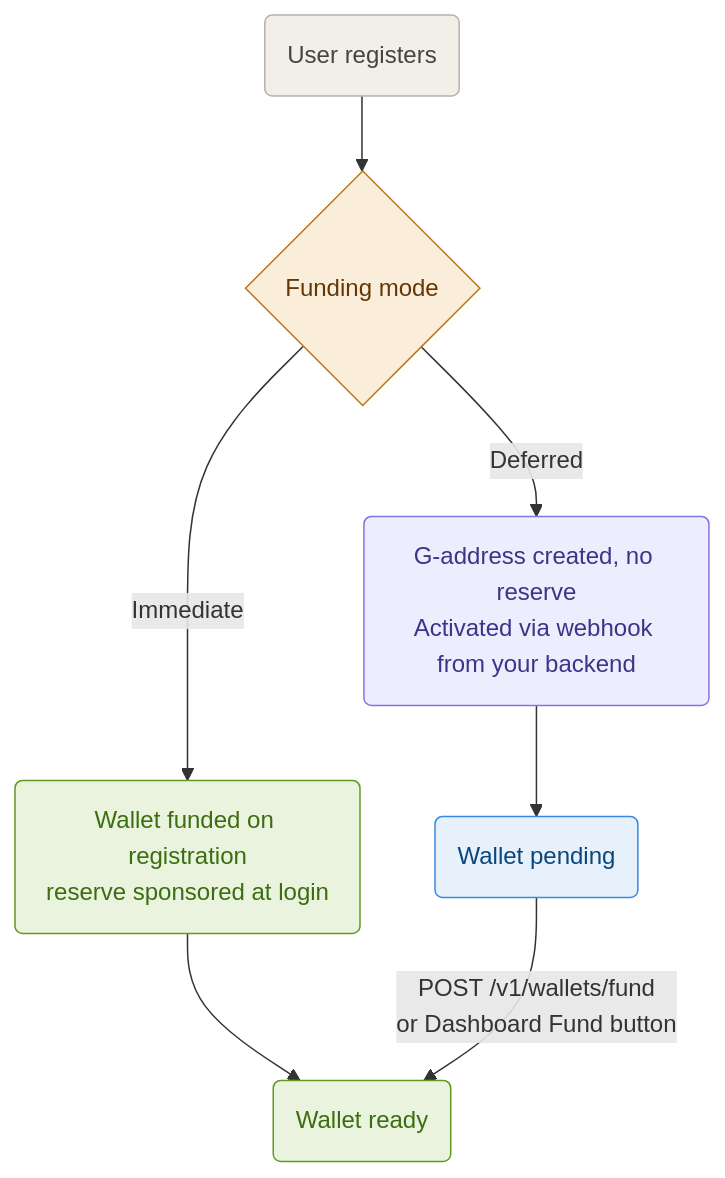
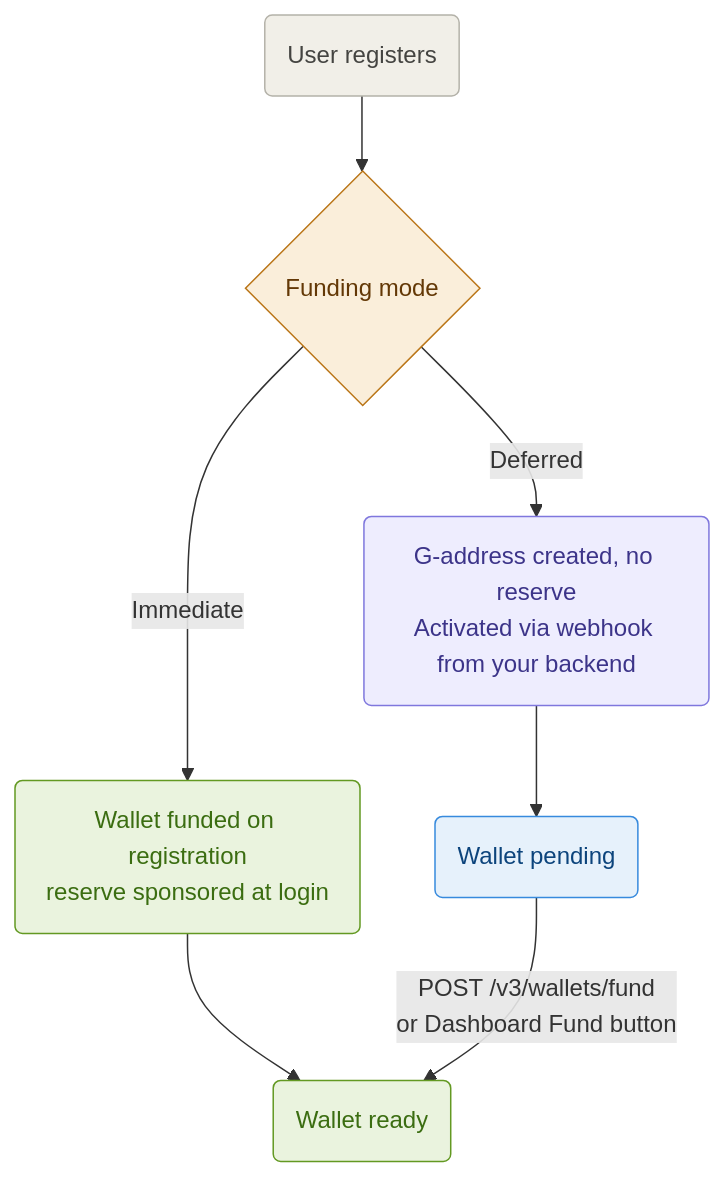
The diagram in docs/core-concepts/funding-modes.md (pollar-xyz/pollar-docs), drawn with Mermaid before and after one commit. The commit also changed other lines of this file and 18 other files, not shown here.

````diff
--- a/docs/core-concepts/funding-modes.md
+++ b/docs/core-concepts/funding-modes.md
@@ -15,17 +15,17 @@
 ```mermaid
 flowchart TD
     A("User registers"):::neutral
     A --> B{"Funding mode"}:::decision
     B -->|"Immediate"| C("Wallet funded on registration\nreserve sponsored at login"):::immediate
     B -->|"Deferred"| D("G-address created, no reserve\nActivated via webhook from your backend"):::deferred
     C --> E("Wallet ready"):::ready
     D --> F("Wallet pending"):::pending
-    F -->|"POST /v1/wallets/fund\nor Dashboard Fund button"| E
+    F -->|"POST /v3/wallets/fund\nor Dashboard Fund button"| E
 
     classDef neutral fill:#f1efe8,stroke:#b4b2a9,color:#444441
     classDef decision fill:#faeeda,stroke:#ba7517,color:#633806
     classDef immediate fill:#eaf3de,stroke:#639922,color:#3b6d11
     classDef deferred fill:#eeedfe,stroke:#7f77dd,color:#3c3489
     classDef ready fill:#eaf3de,stroke:#639922,color:#3b6d11
     classDef pending fill:#e6f1fb,stroke:#378add,color:#0c447c
 ```
````
